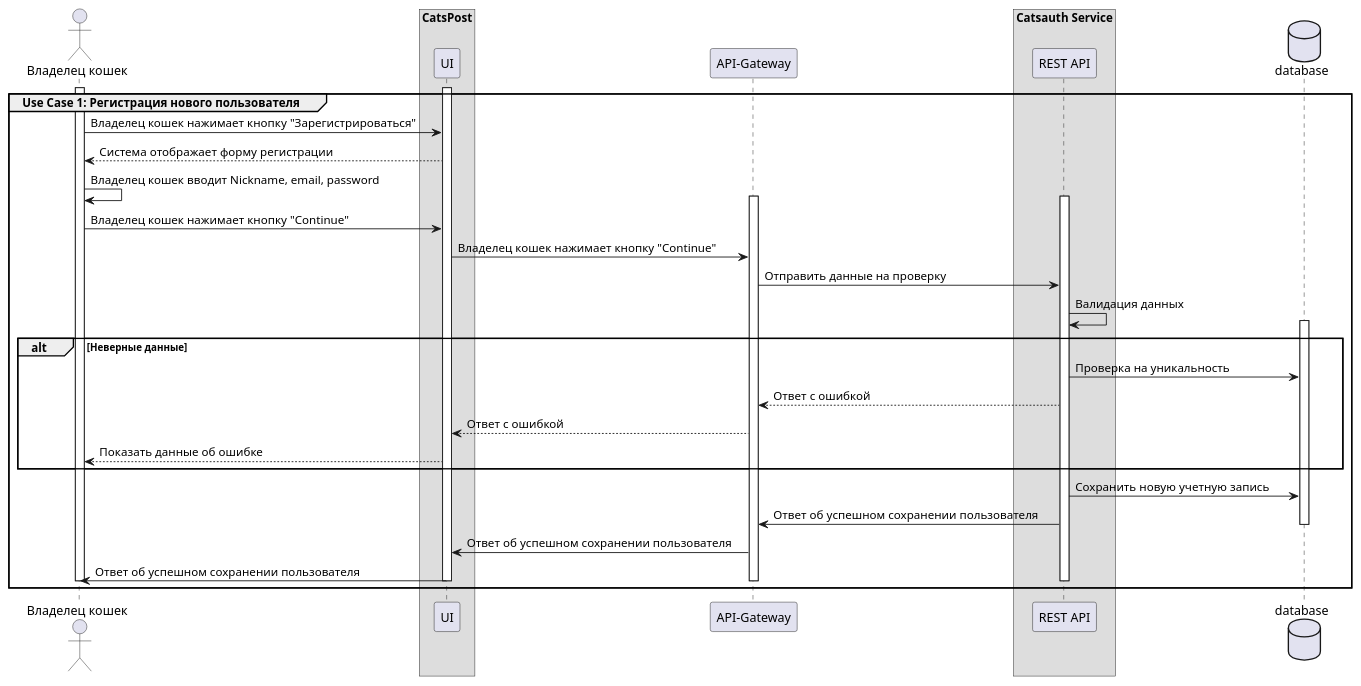
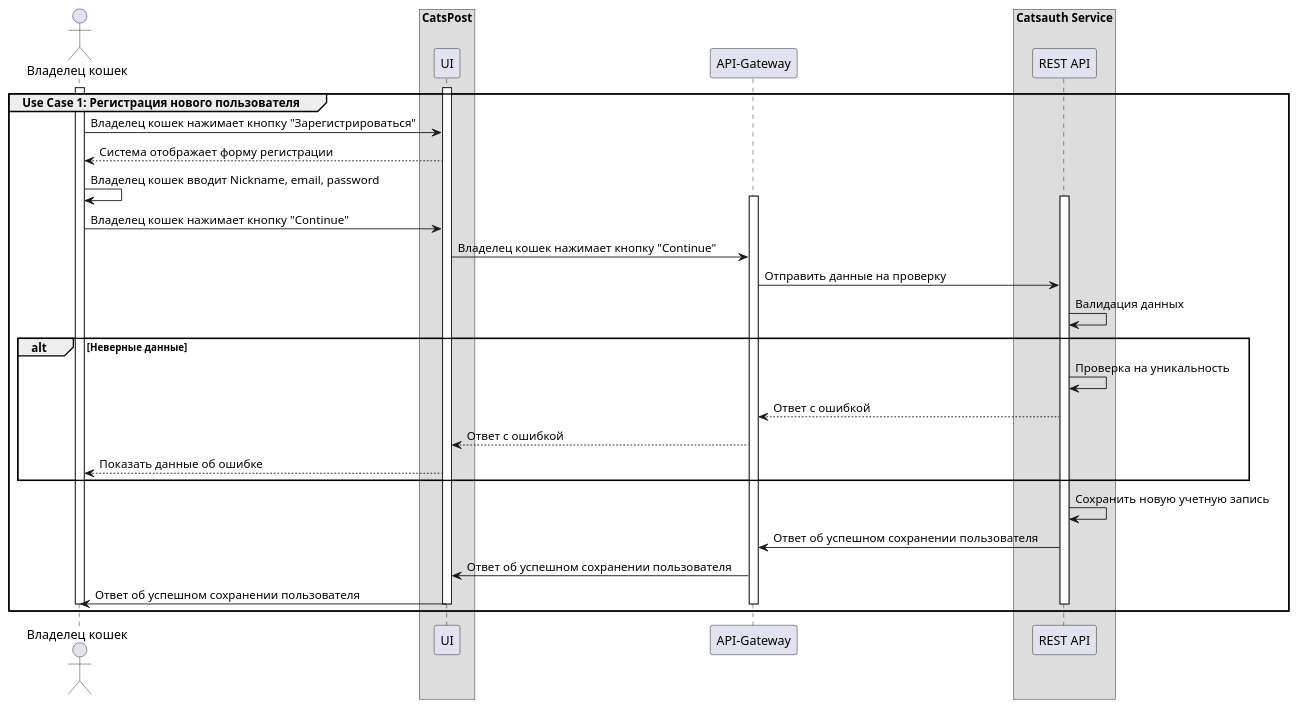
The diagram in src/docs/asciidoc/uml/seq_diaqrams/sign.puml (nikitcat/requirements.github.io), drawn with PlantUML before and after one commit. The commit also changed 12 other files, not shown here.

Commit message:
add use_case diagram

```diff
--- a/src/docs/asciidoc/uml/seq_diaqrams/sign.puml
+++ b/src/docs/asciidoc/uml/seq_diaqrams/sign.puml
@@ -1,43 +1,40 @@
 @startuml
 actor "Владелец кошек" as User
 box "CatsPost"
     participant "UI" as UI
 end box
 participant "API-Gateway" as Gateway
 box "Catsauth Service"
 participant "REST API" as REST
 end box
-database "database" as db
 
 
 
 group Use Case 1: Регистрация нового пользователя
 activate User
 activate UI
 User -> UI: Владелец кошек нажимает кнопку "Зарегистрироваться"
 User <-- UI: Система отображает форму регистрации
 User -> User: Владелец кошек вводит Nickname, email, password
 activate Gateway
 activate REST
 User -> UI: Владелец кошек нажимает кнопку "Continue"
 UI -> Gateway: Владелец кошек нажимает кнопку "Continue"
 Gateway -> REST: Отправить данные на проверку
 REST -> REST: Валидация данных
 alt Неверные данные
-activate db
-REST -> db: Проверка на уникальность
+REST -> REST: Проверка на уникальность
 REST --> Gateway: Ответ с ошибкой
 Gateway --> UI: Ответ с ошибкой
 UI --> User: Показать данные об ошибке
 end
-REST -> db: Сохранить новую учетную запись
+REST -> REST: Сохранить новую учетную запись
 REST -> Gateway: Ответ об успешном сохранении пользователя
-deactivate db
 Gateway -> UI: Ответ об успешном сохранении пользователя
 UI -> User: Ответ об успешном сохранении пользователя
 deactivate User
 deactivate UI
 deactivate Gateway
 deactivate REST
 end group
 @enduml
```
